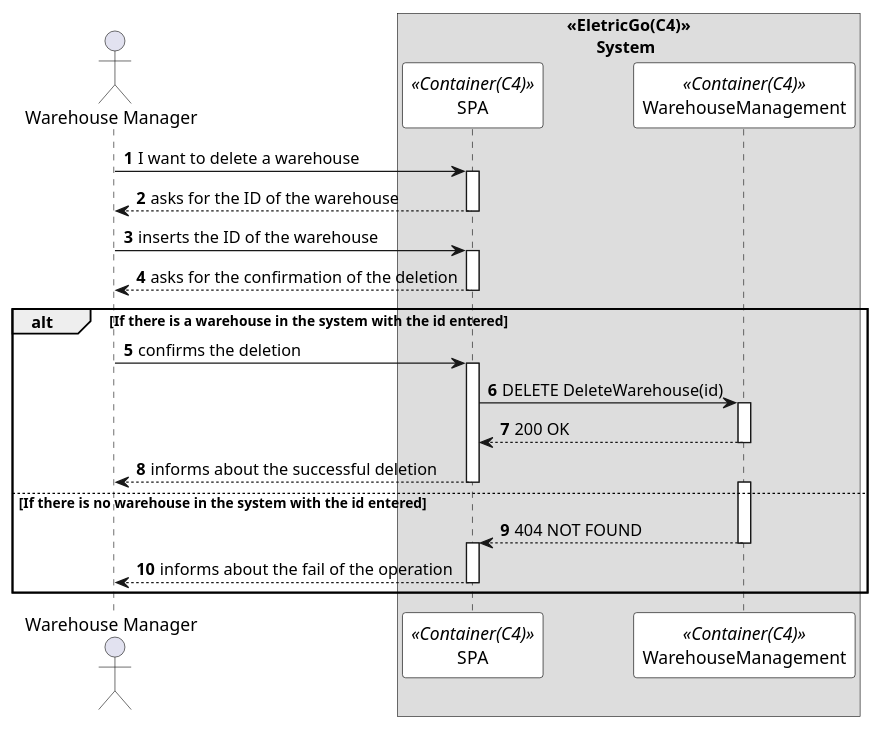
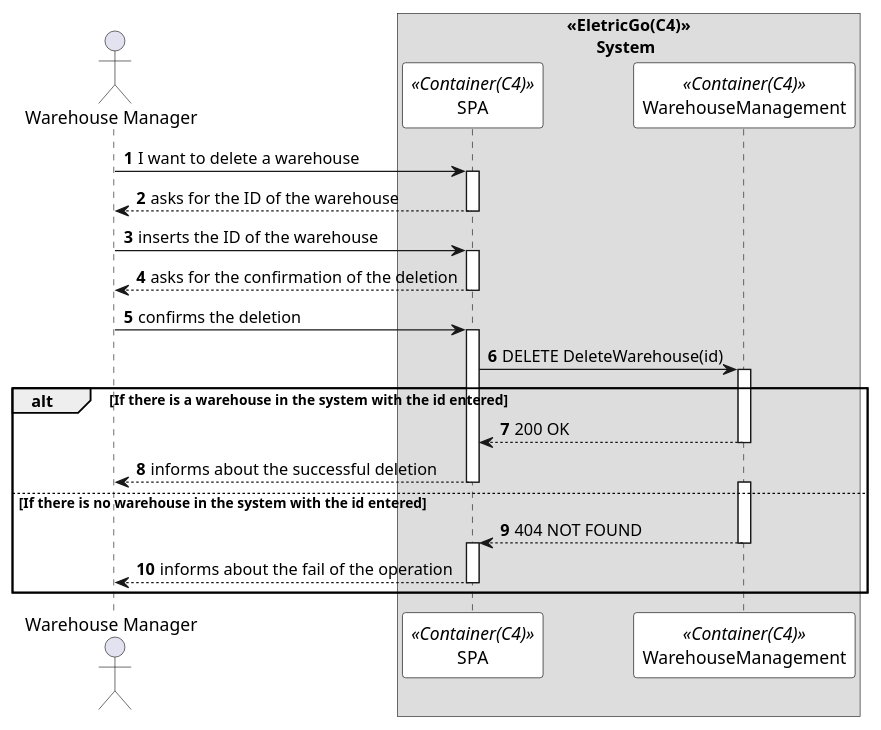
The diagram in Documents/1200720/.puml/deleteWarehouseSD.puml (0franciscor/dei_3dj_057), drawn with PlantUML before and after one commit. The commit also changed 4 other files, not shown here.

Commit message:
#36 - Diagrama de sequencia do caso de uso de ler informação sobre um armazém

```diff
--- a/Documents/1200720/.puml/deleteWarehouseSD.puml
+++ b/Documents/1200720/.puml/deleteWarehouseSD.puml
@@ -1,54 +1,55 @@
 @startuml 
 autonumber
 
 skinparam sequence {
 ParticipantBorderColor black
 ParticipantBackgroundColor white
 }
 
 actor "Warehouse Manager" as admin
 box "<<EletricGo(C4)>>\n       System"
 participant SPA as system <<Container(C4)>>
 participant WarehouseManagement as  WM <<Container(C4)>>
 end box
 admin -> system: I want to delete a warehouse
 activate system
 
 system --> admin: asks for the ID of the warehouse
 deactivate system
 
 admin -> system: inserts the ID of the warehouse
 activate system
 
 system --> admin: asks for the confirmation of the deletion
 deactivate system
 
-alt If there is a warehouse in the system with the id entered
 admin -> system: confirms the deletion
 activate system
 
 system -> WM : DELETE DeleteWarehouse(id)
+alt If there is a warehouse in the system with the id entered
+
 activate WM
 
 WM --> system : 200 OK 
 deactivate WM
 system --> admin: informs about the successful deletion
 deactivate system
 
 else If there is no warehouse in the system with the id entered
 
 activate WM
 WM --> system : 404 NOT FOUND 
 deactivate WM
 activate system
 
 system --> admin : informs about the fail of the operation
 
 deactivate system
 
 
 end 
 
 deactivate admin
 
 @enduml
```
